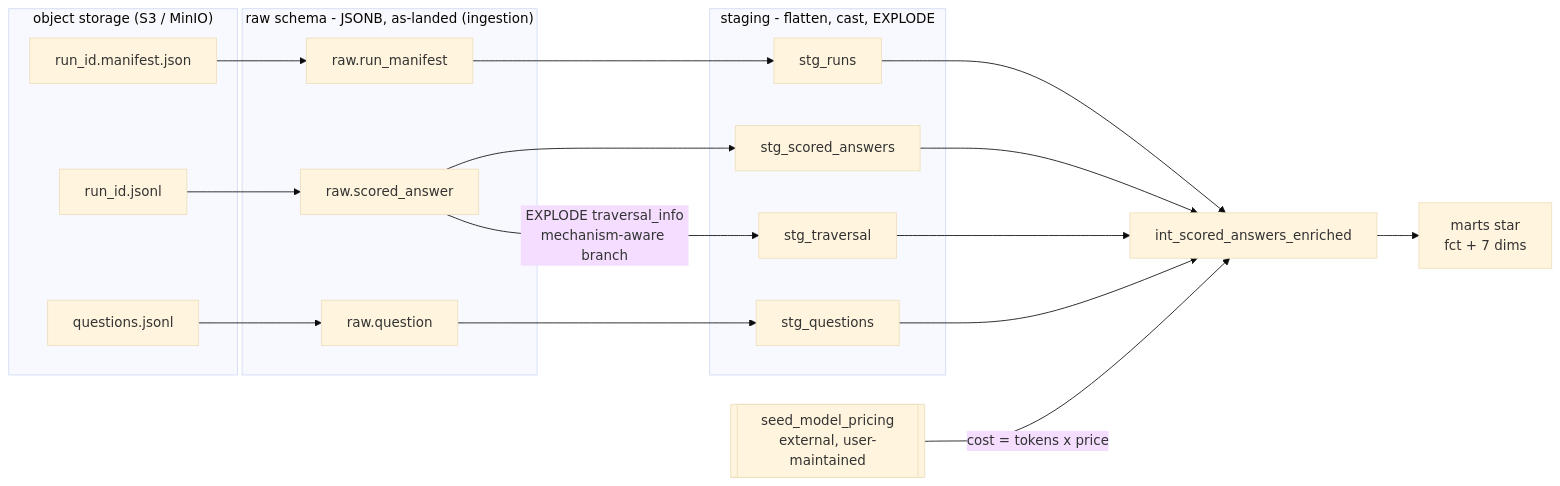
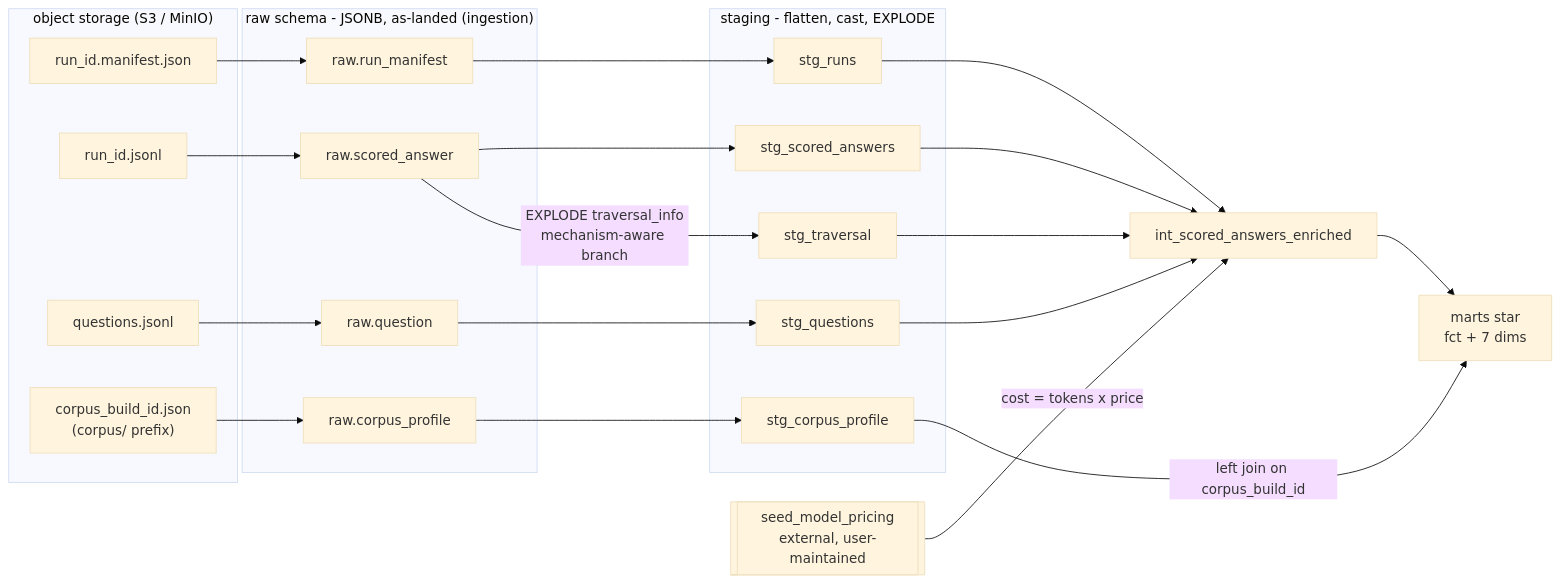
One commit to joseph-higaki/rag-bench-analytics changed the third of 3 diagrams in README.md. Above: the diagram before and after it, drawn with Mermaid (base theme). The commit also changed other lines of this file and 16 other files, not shown here.

````diff
--- a/README.md
+++ b/README.md
@@ -467,42 +361,48 @@
 ```mermaid
 flowchart LR
     subgraph S3["object storage (S3 / MinIO)"]
         f1["run_id.manifest.json"]
         f2["run_id.jsonl"]
         f3["questions.jsonl"]
+        f4["corpus_build_id.json<br/>(corpus/ prefix)"]
     end
 
     subgraph RAW["raw schema - JSONB, as-landed (ingestion)"]
         r1[raw.run_manifest]
         r2[raw.scored_answer]
         r3[raw.question]
+        r4[raw.corpus_profile]
     end
 
     subgraph STG["staging - flatten, cast, EXPLODE"]
         s1[stg_runs]
         s2[stg_scored_answers]
         s3[stg_traversal]
         s4[stg_questions]
+        s5[stg_corpus_profile]
     end
 
     SEED[["seed_model_pricing<br/>external, user-maintained"]]
     INT[int_scored_answers_enriched]
     M["marts star<br/>fct + 7 dims"]
 
     f1 --> r1
     f2 --> r2
     f3 --> r3
+    f4 --> r4
 
     r1 --> s1
     r2 --> s2
     r2 -->|"EXPLODE traversal_info<br/>mechanism-aware branch"| s3
     r3 --> s4
+    r4 --> s5
 
     s1 --> INT
     s2 --> INT
     s3 --> INT
     s4 --> INT
     SEED -->|"cost = tokens x price"| INT
 
     INT --> M
+    s5 -->|"left join on corpus_build_id"| M
 ```
````
